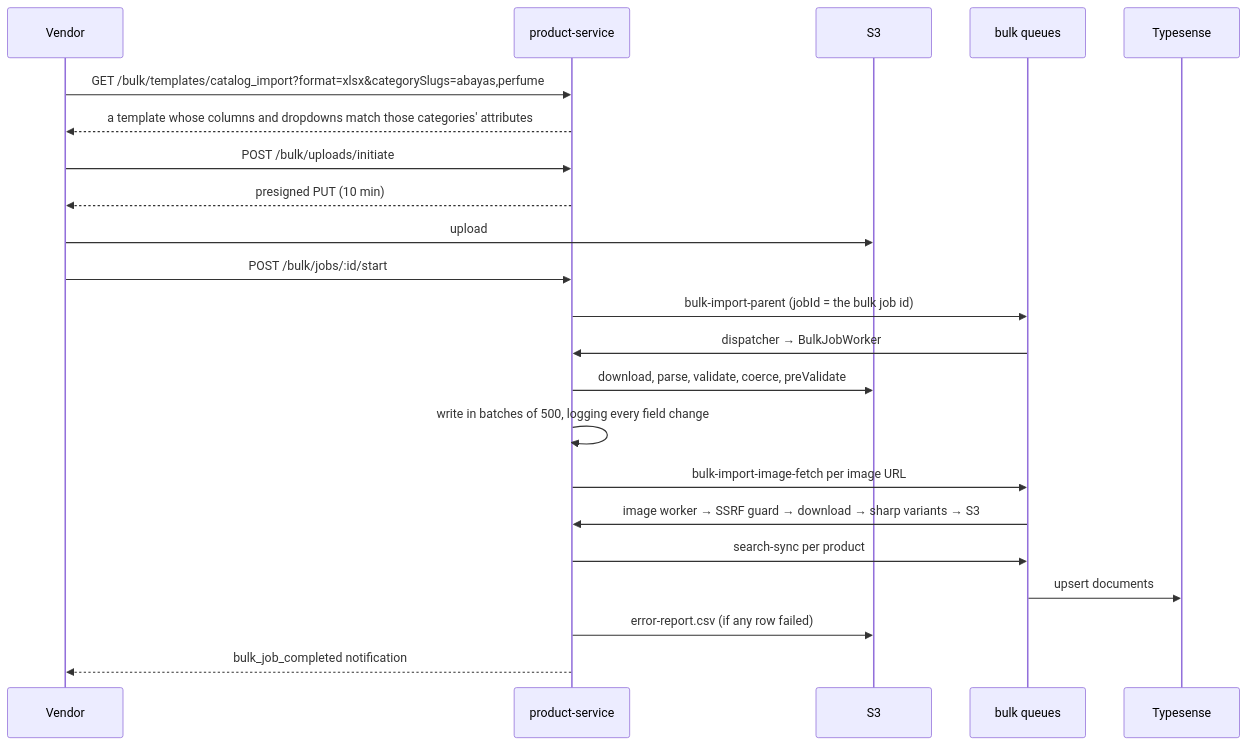
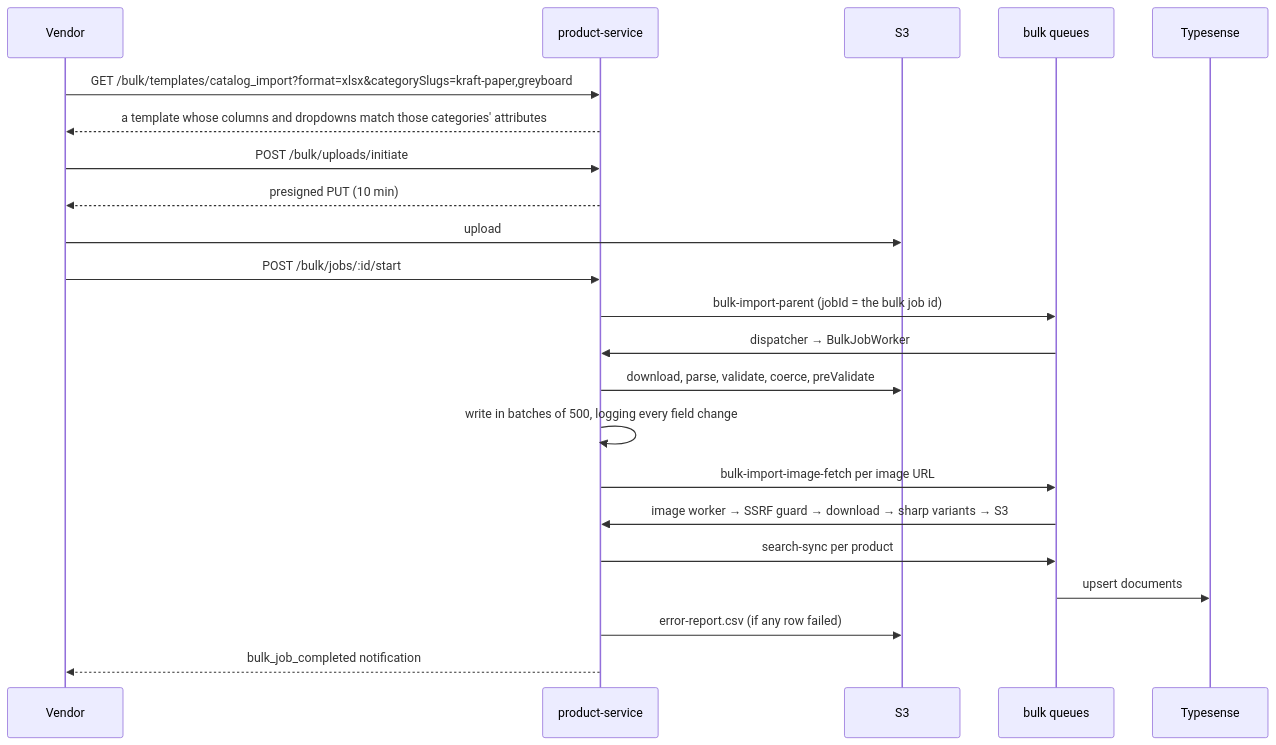
One commit to ismailfarisi/materialhub changed the sixth of 8 diagrams in docs/backend/16-cross-service-flows.md. Above: the diagram before and after it, drawn with Mermaid. The commit also changed other lines of this file and 107 other files, not shown here.

First line of the commit message:
Prune order-service, finish the schema and update the backend docs

````diff
--- a/docs/backend/16-cross-service-flows.md
+++ b/docs/backend/16-cross-service-flows.md
@@ -257,25 +185,25 @@
 ```mermaid
 sequenceDiagram
     participant V as Vendor
     participant P as product-service
     participant S3 as S3
     participant Q as bulk queues
     participant TS as Typesense
 
-    V->>P: GET /bulk/templates/catalog_import?format=xlsx&categorySlugs=abayas,perfume
+    V->>P: GET /bulk/templates/catalog_import?format=xlsx&categorySlugs=kraft-paper,greyboard
     P-->>V: a template whose columns and dropdowns match those categories' attributes
     V->>P: POST /bulk/uploads/initiate
     P-->>V: presigned PUT (10 min)
     V->>S3: upload
     V->>P: POST /bulk/jobs/:id/start
     P->>Q: bulk-import-parent (jobId = the bulk job id)
     Q->>P: dispatcher → BulkJobWorker
     P->>S3: download, parse, validate, coerce, preValidate
     P->>P: write in batches of 500, logging every field change
     P->>Q: bulk-import-image-fetch per image URL
     Q->>P: image worker → SSRF guard → download → sharp variants → S3
     P->>Q: search-sync per product
     Q->>TS: upsert documents
     P->>S3: error-report.csv (if any row failed)
     P-->>V: bulk_job_completed notification
 ```
````
